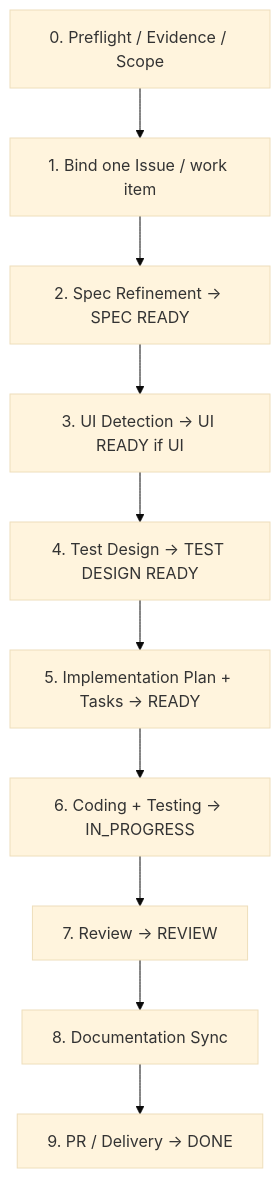
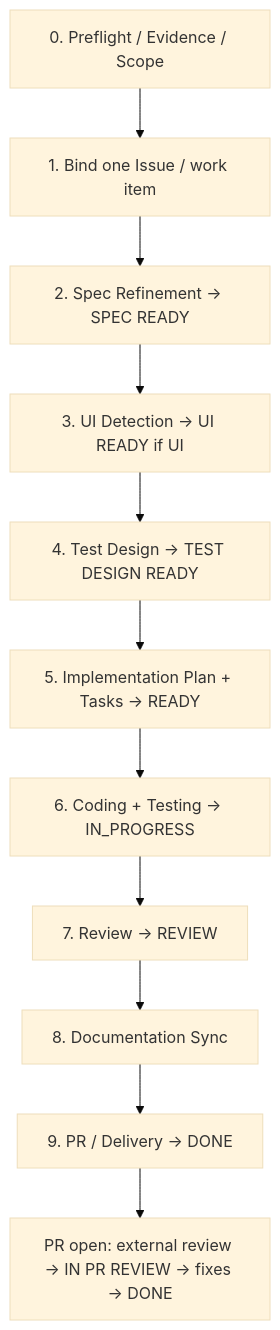
Before and after one commit to MaoyuanYang/foundry: the diagram in docs/feature-dev/index.md, drawn with Mermaid (base theme). The commit also changed other lines of this file and 50 other files, not shown here.

````diff
--- a/docs/feature-dev/index.md
+++ b/docs/feature-dev/index.md
@@ -13,12 +13,13 @@
 ```mermaid
 flowchart TD
   P0[0. Preflight / Evidence / Scope] --> P1[1. Bind one Issue / work item]
   P1 --> P2[2. Spec Refinement → SPEC READY]
   P2 --> P3[3. UI Detection → UI READY if UI]
   P3 --> P4[4. Test Design → TEST DESIGN READY]
   P4 --> P5[5. Implementation Plan + Tasks → READY]
   P5 --> P6[6. Coding + Testing → IN_PROGRESS]
   P6 --> P7[7. Review → REVIEW]
   P7 --> P8[8. Documentation Sync]
   P8 --> P9[9. PR / Delivery → DONE]
+  P9 --> PR9[PR open: external review → IN PR REVIEW → fixes → DONE]
 ```
````
